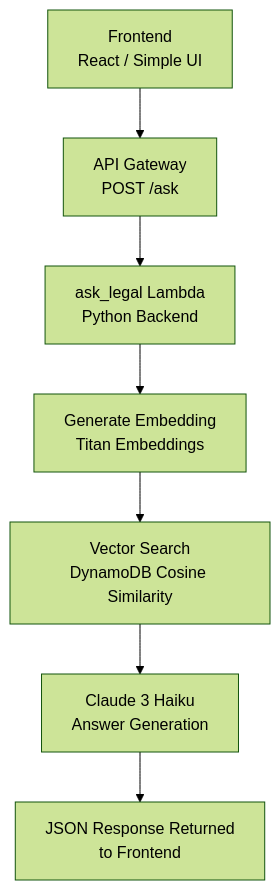
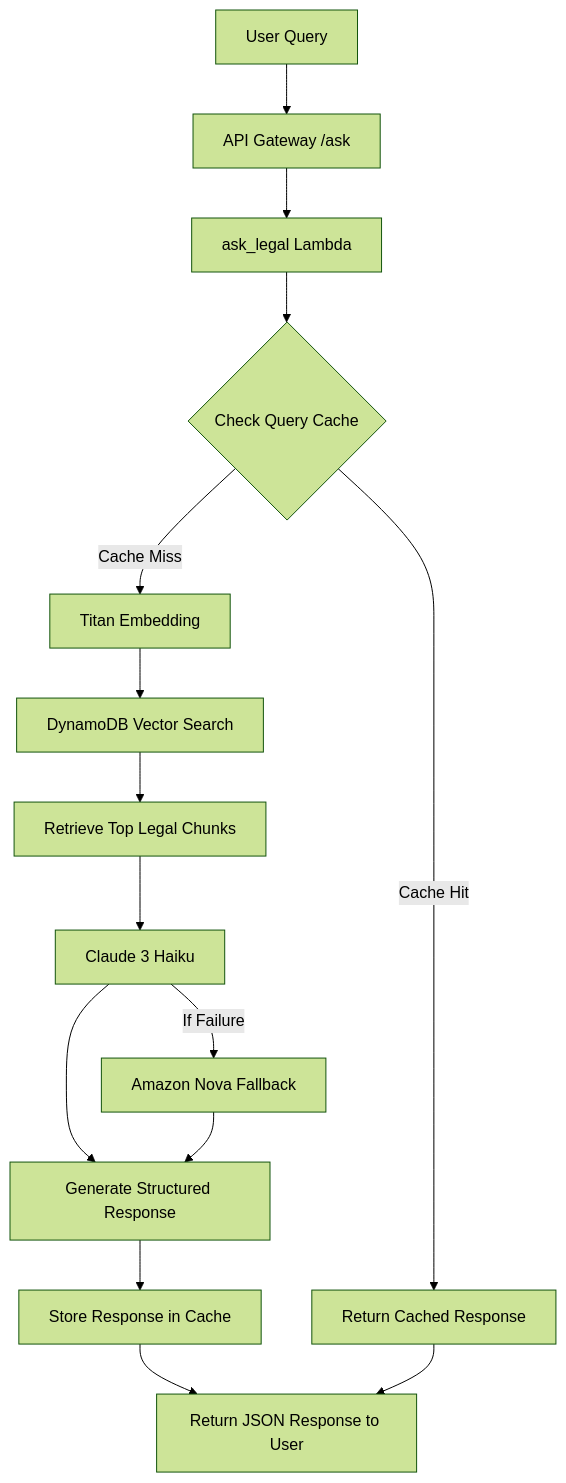
Before and after one commit to tanishkashukla/PYTHon-AI-for-Bharat: the diagram in README.md, drawn with Mermaid (forest theme). The commit also changed other lines of this file, not shown here.

First line of the commit message:
Enhance README with project details and architecture

````diff
--- a/README.md
+++ b/README.md
@@ -26,15 +69,31 @@
 ```mermaid
 flowchart TD
 
-A[Frontend<br>React / Simple UI] --> B[API Gateway<br>POST /ask]
+User[User Query] --> APIGW[API Gateway /ask]
 
-B --> C[ask_legal Lambda<br>Python Backend]
+APIGW --> Lambda[ask_legal Lambda]
 
-C --> D[Generate Embedding<br>Titan Embeddings]
+Lambda --> CacheCheck{Check Query Cache}
 
-D --> E[Vector Search<br>DynamoDB Cosine Similarity]
+CacheCheck -->|Cache Hit| ReturnFast[Return Cached Response]
 
-E --> F[Claude 3 Haiku<br>Answer Generation]
+CacheCheck -->|Cache Miss| Embed[Titan Embedding]
 
-F --> G[JSON Response Returned<br>to Frontend]
+Embed --> VectorSearch[DynamoDB Vector Search]
+
+VectorSearch --> TopChunks[Retrieve Top Legal Chunks]
+
+TopChunks --> Claude[Claude 3 Haiku]
+
+Claude -->|If Failure| Nova[Amazon Nova Fallback]
+
+Claude --> Response[Generate Structured Response]
+
+Nova --> Response
+
+Response --> CacheStore[Store Response in Cache]
+
+CacheStore --> ReturnUser[Return JSON Response to User]
+
+ReturnFast --> ReturnUser
 ```
````
